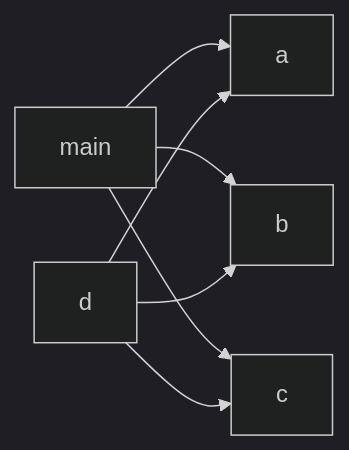
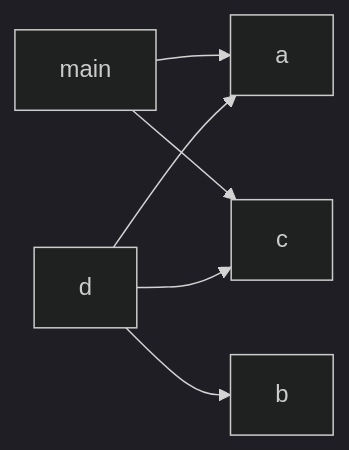
Before and after one commit to xuhongxu96/depreduce: the second of 2 diagrams in examples/kotlin-transitive/README.md, drawn with Mermaid (dark theme). The commit also changed other lines of this file and 10 other files, not shown here.

````diff
--- a/examples/kotlin-transitive/README.md
+++ b/examples/kotlin-transitive/README.md
@@ -21,9 +21,8 @@
 ```mermaid
 graph LR;
     main --> a;
-    main --> b;
     main --> c;
     d --> a;
     d --> b;
     d --> c;
 ```
````
